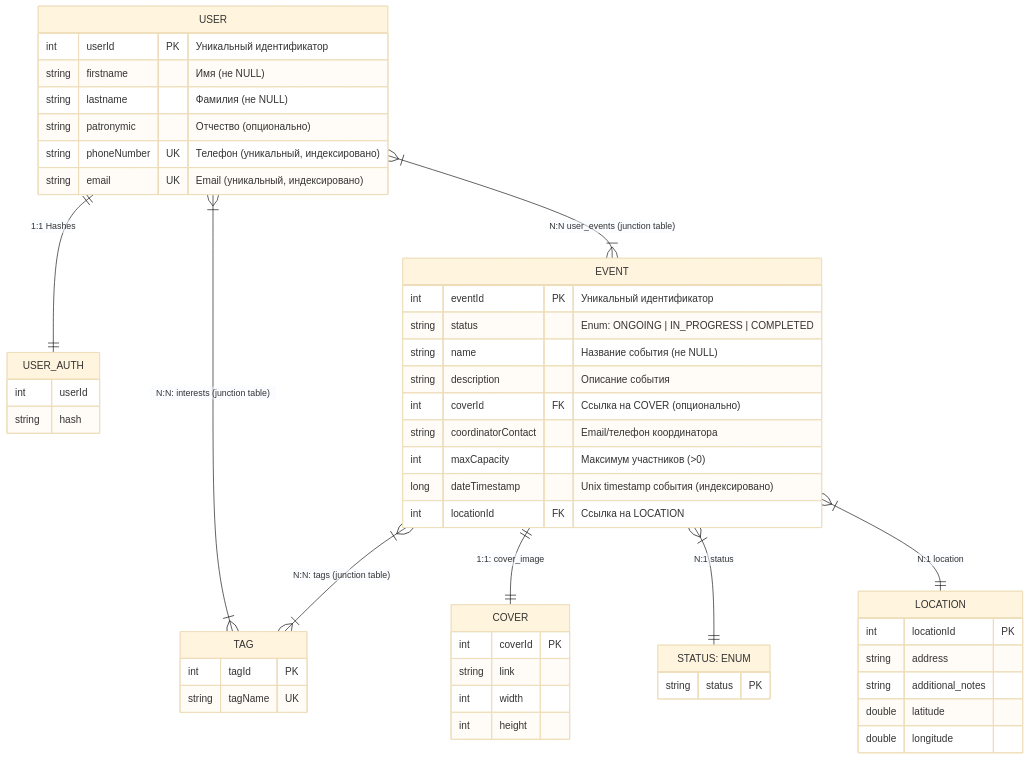
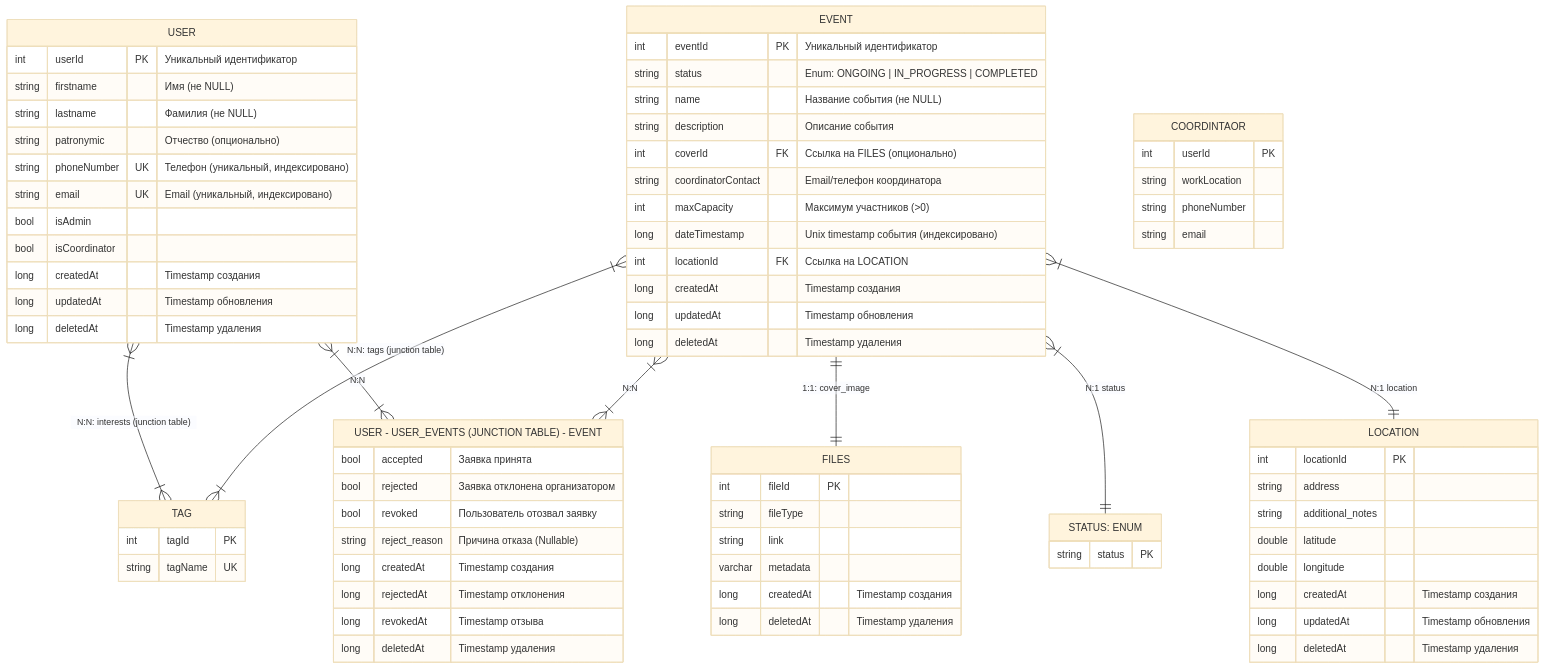
Before and after one commit to ADT-VOLUNTEERS-CASE/.github: the third of 3 diagrams in documentation/architecture/erd.md, drawn with Mermaid (base theme). The commit also changed other lines of this file, not shown here.

First line of the commit message:
ERD 1.1 version (#6)

````diff
--- a/documentation/architecture/erd.md
+++ b/documentation/architecture/erd.md
@@ -112,8 +108,16 @@
 ```mermaid
 erDiagram
-   USER_AUTH {
-      int userId
-      string hash
+   USER_EVENTS["USER - USER_EVENTS (JUNCTION TABLE) - EVENT"] {
+      bool accepted "Заявка принята"
+      bool rejected "Заявка отклонена организатором"
+      bool revoked "Пользователь отозвал заявку"
+      
+      string reject_reason "Причина отказа (Nullable)"
+      
+      long createdAt "Timestamp создания"
+      long rejectedAt "Timestamp отклонения"
+      long revokedAt "Timestamp отзыва"
+      long deletedAt "Timestamp удаления"
    }
    
    USER {
@@ -123,30 +127,51 @@
       string patronymic "Отчество (опционально)"
       string phoneNumber UK "Телефон (уникальный, индексировано)"
       string email UK "Email (уникальный, индексировано)"
+      
+      bool isAdmin
+      bool isCoordinator
+
+      long createdAt "Timestamp создания"
+      long updatedAt "Timestamp обновления"
+      long deletedAt "Timestamp удаления"
    }
-
+   
    EVENT {
       int eventId PK "Уникальный идентификатор"
       string status "Enum: ONGOING | IN_PROGRESS | COMPLETED"
       string name "Название события (не NULL)"
       string description "Описание события"
-      int coverId FK "Ссылка на COVER (опционально)"
+      int coverId FK "Ссылка на FILES (опционально)"
       string coordinatorContact "Email/телефон координатора"
       int maxCapacity "Максимум участников (>0)"
       long dateTimestamp "Unix timestamp события (индексировано)"
       int locationId FK "Ссылка на LOCATION"
+
+      long createdAt "Timestamp создания"
+      long updatedAt "Timestamp обновления"
+      long deletedAt "Timestamp удаления"
    }
 
    TAG {
       int tagId PK
       string tagName UK
    }
+    
+   FILES {
+      int fileId PK
+      string fileType
+      string link
+      varchar metadata
 
-   COVER {
-      int coverId PK
-      string link
-      int width
-      int height
+      long createdAt "Timestamp создания"
+      long deletedAt "Timestamp удаления"
+   }
+   
+   COORDINTAOR {
+       int userId PK
+       string workLocation
+       string phoneNumber
+       string email
    }
 
    LOCATION {
@@ -155,18 +180,22 @@
       string additional_notes
       double latitude
       double longitude
+      
+      long createdAt "Timestamp создания"
+      long updatedAt "Timestamp обновления"
+      long deletedAt "Timestamp удаления"
    }
-
+   
    STATUS["STATUS: ENUM"] {
       string status PK
    }
 
    USER }|--|{ TAG: "N:N: interests (junction table)"
-   USER }|--|{ EVENT: "N:N user_events (junction table)"
-   USER ||--|| USER_AUTH: "1:1 Hashes"
+   USER }|--|{ USER_EVENTS: "N:N"
    
+   EVENT }|--|{ USER_EVENTS: "N:N"
    EVENT }|--|{ TAG: "N:N: tags (junction table)"
-   EVENT ||--|| COVER: "1:1: cover_image"
+   EVENT ||--|| FILES: "1:1: cover_image"
    EVENT }|--|| STATUS: "N:1 status"
    EVENT }|--|| LOCATION: "N:1 location"
 ```
````
